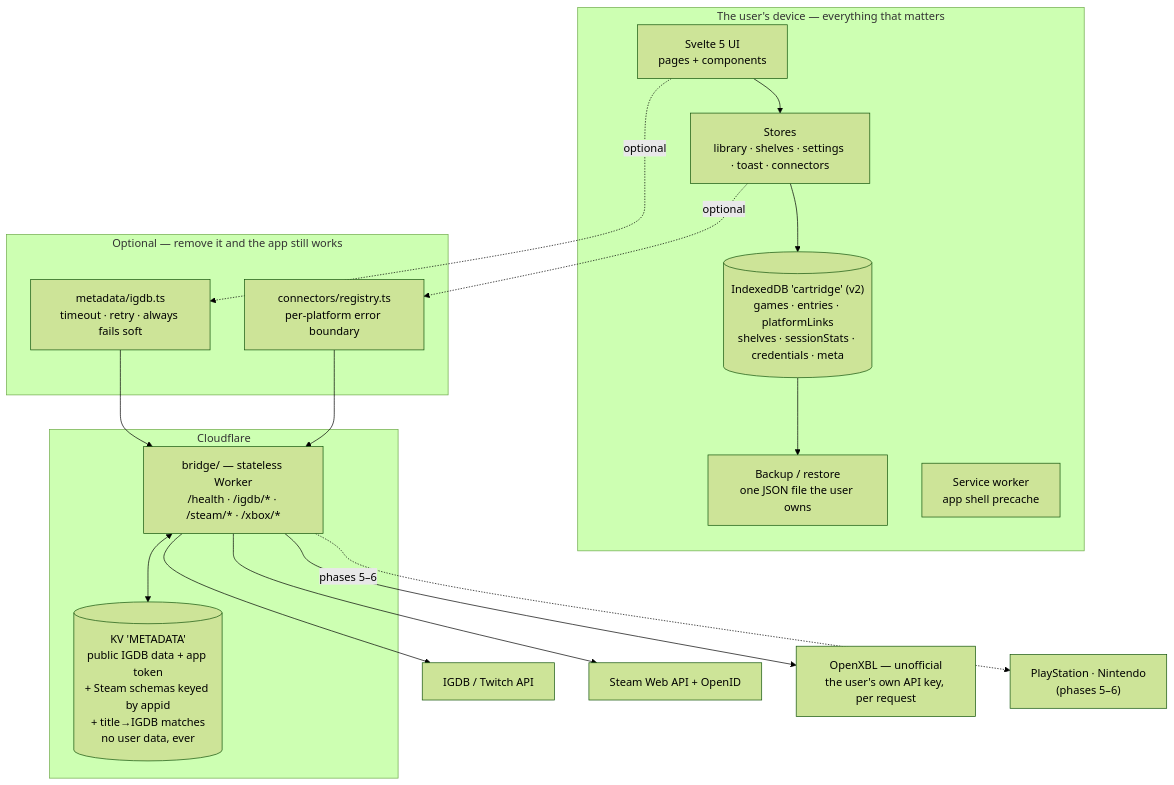
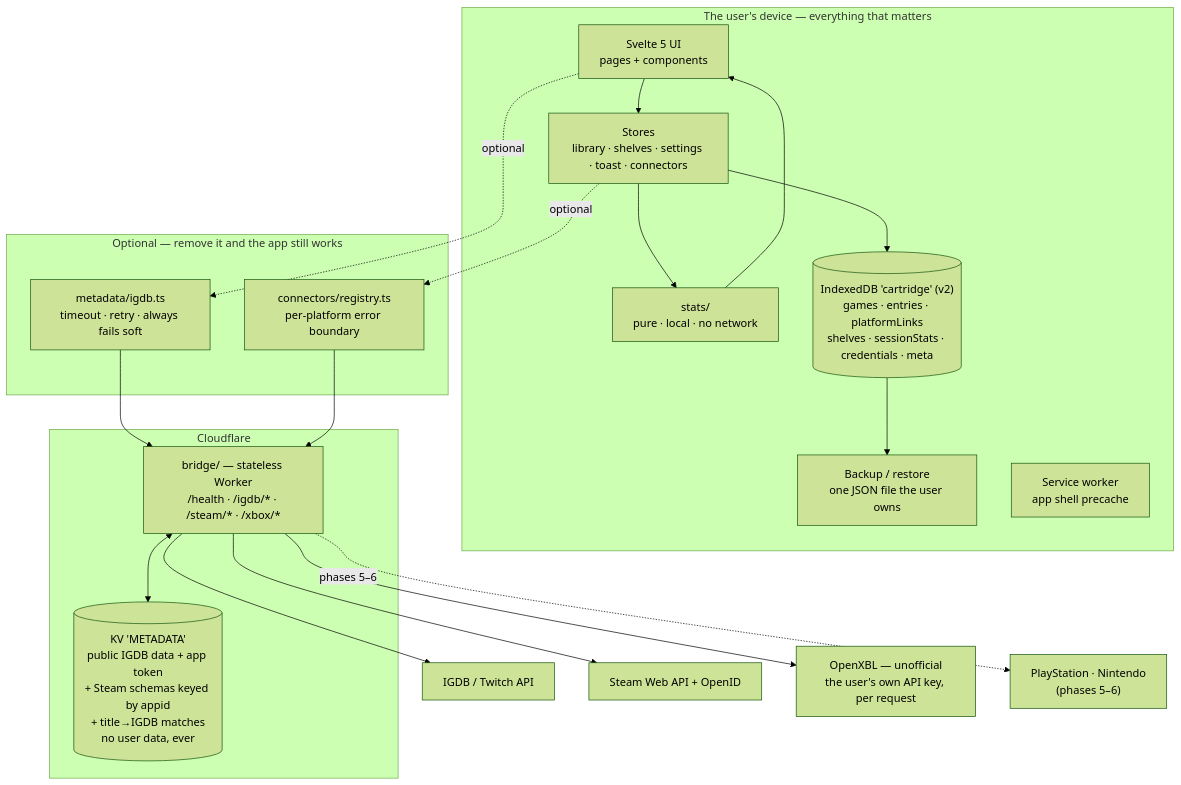
One commit to jrmoulckers/cartridge changed the diagram in ARCHITECTURE.md. Above: the diagram before and after it, drawn with Mermaid (forest theme). The commit also changed other lines of this file and 21 other files, not shown here.

````diff
--- a/ARCHITECTURE.md
+++ b/ARCHITECTURE.md
@@ -28,36 +28,38 @@
 ```mermaid
 flowchart TB
     subgraph device["The user's device — everything that matters"]
         UI["Svelte 5 UI<br/>pages + components"]
         Stores["Stores<br/>library · shelves · settings · toast · connectors"]
+        Stats["stats/<br/>pure · local · no network"]
         DB[("IndexedDB 'cartridge' (v2)<br/>games · entries · platformLinks<br/>shelves · sessionStats · credentials · meta")]
         Backup["Backup / restore<br/>one JSON file the user owns"]
         SW["Service worker<br/>app shell precache"]
 
         UI --> Stores --> DB
+        Stores --> Stats --> UI
         DB --> Backup
     end
 
     subgraph optional["Optional — remove it and the app still works"]
         Meta["metadata/igdb.ts<br/>timeout · retry · always fails soft"]
         Conn["connectors/registry.ts<br/>per-platform error boundary"]
     end
 
     subgraph cf["Cloudflare"]
         Bridge["bridge/ — stateless Worker<br/>/health · /igdb/* · /steam/* · /xbox/*"]
         KV[("KV 'METADATA'<br/>public IGDB data + app token<br/>+ Steam schemas keyed by appid<br/>+ title→IGDB matches<br/>no user data, ever")]
     end
 
     IGDB["IGDB / Twitch API"]
     Plat["Steam Web API + OpenID"]
     XBL["OpenXBL — unofficial<br/>the user's own API key, per request"]
     Soon["PlayStation · Nintendo<br/>(phases 5–6)"]
 
     UI -.optional.-> Meta --> Bridge
     Stores -.optional.-> Conn --> Bridge
     Bridge <--> KV
     Bridge --> IGDB
     Bridge --> Plat
     Bridge --> XBL
     Bridge -.phases 5–6.-> Soon
 ```
````
